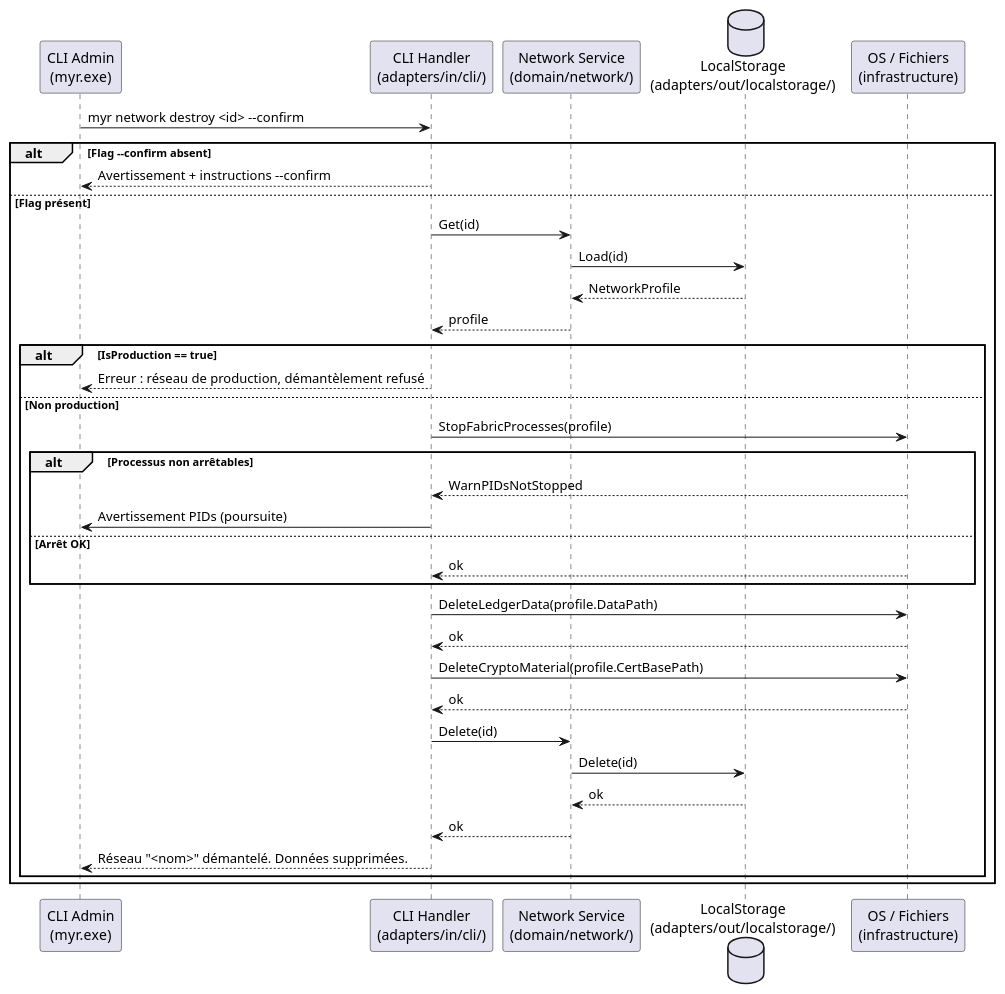
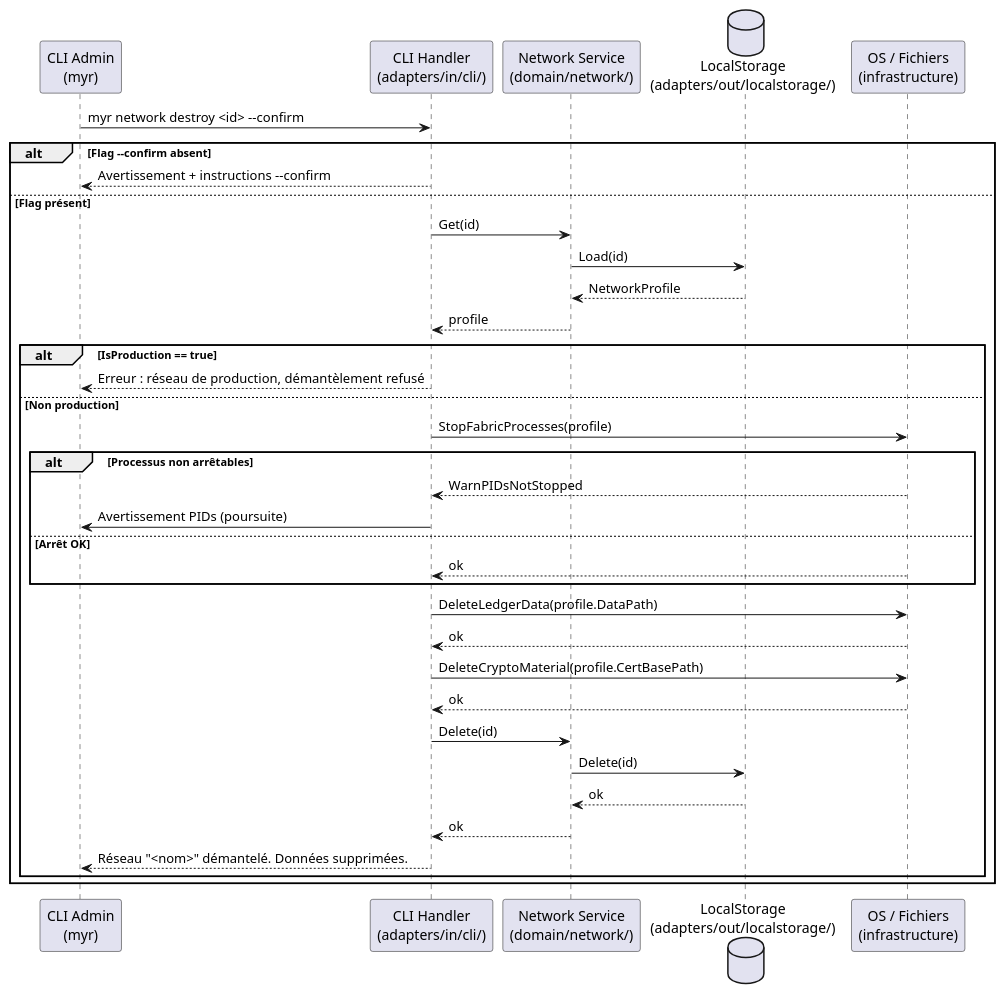
One commit to olivaux/myr changed the second of 2 diagrams in specs/2-Analyse/UCADM-Administration/UCADM05.md. Above: the diagram before and after it, drawn with PlantUML. The commit also changed other lines of this file and 72 other files, not shown here.

````diff
--- a/specs/2-Analyse/UCADM-Administration/UCADM05.md
+++ b/specs/2-Analyse/UCADM-Administration/UCADM05.md
@@ -102,48 +102,48 @@
 ```plantuml
 @startuml
-participant "CLI Admin\n(myr.exe)" as CLI
+participant "CLI Admin\n(myr)" as CLI
 participant "CLI Handler\n(adapters/in/cli/)" as CLIHandler
 participant "Network Service\n(domain/network/)" as NetSvc
 database "LocalStorage\n(adapters/out/localstorage/)" as Local
 participant "OS / Fichiers\n(infrastructure)" as OS
 
 CLI -> CLIHandler : myr network destroy <id> --confirm
 
 alt Flag --confirm absent
     CLIHandler --> CLI : Avertissement + instructions --confirm
 else Flag présent
 
     CLIHandler -> NetSvc : Get(id)
     NetSvc -> Local : Load(id)
     Local --> NetSvc : NetworkProfile
     NetSvc --> CLIHandler : profile
 
     alt IsProduction == true
         CLIHandler --> CLI : Erreur : réseau de production, démantèlement refusé
     else Non production
 
         CLIHandler -> OS : StopFabricProcesses(profile)
         alt Processus non arrêtables
             OS --> CLIHandler : WarnPIDsNotStopped
             CLIHandler -> CLI : Avertissement PIDs (poursuite)
         else Arrêt OK
             OS --> CLIHandler : ok
         end
 
         CLIHandler -> OS : DeleteLedgerData(profile.DataPath)
         OS --> CLIHandler : ok
 
         CLIHandler -> OS : DeleteCryptoMaterial(profile.CertBasePath)
         OS --> CLIHandler : ok
 
         CLIHandler -> NetSvc : Delete(id)
         NetSvc -> Local : Delete(id)
         Local --> NetSvc : ok
         NetSvc --> CLIHandler : ok
 
         CLIHandler --> CLI : Réseau "<nom>" démantelé. Données supprimées.
     end
 end
 
 @enduml
 ```
````
